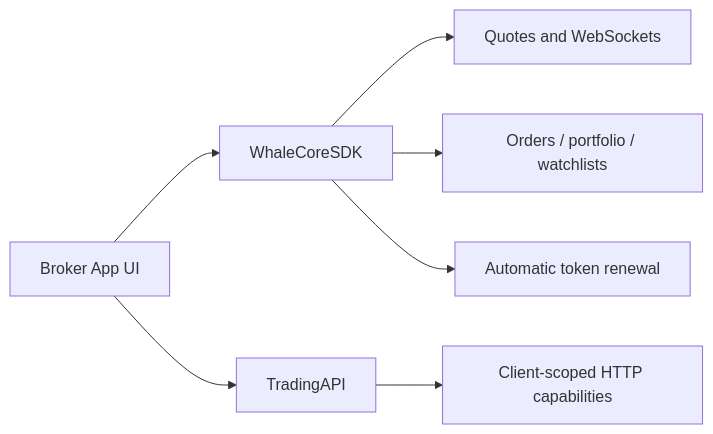
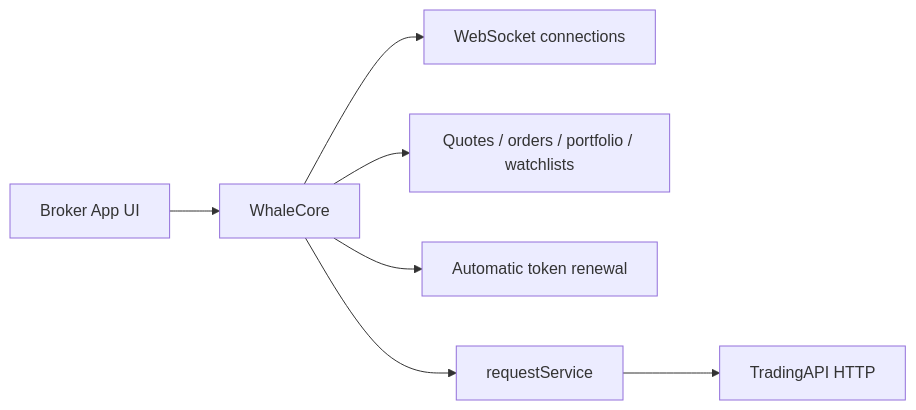
Before and after one commit to longbridge/whale-docs: the diagram in docs/en/whalesdk/whalecore/overview.mdx, drawn with Mermaid. The commit also changed other lines of this file and 58 other files, not shown here.

First line of the commit message:
docs: clarify TradingAPI runs through WhaleCore, rename WhaleCoreSDK to WhaleCore, and sync SDK/TradingAPI updates (#70)

````diff
--- a/docs/en/whalesdk/whalecore/overview.mdx
+++ b/docs/en/whalesdk/whalecore/overview.mdx
@@ -36,9 +37,9 @@
 ```mermaid
 flowchart LR
-    A[Broker App UI] --> B[WhaleCoreSDK]
-    B --> C[Quotes and WebSockets]
-    B --> D[Orders / portfolio / watchlists]
+    A[Broker App UI] --> B[WhaleCore]
+    B --> C[WebSocket connections]
+    B --> D[Quotes / orders / portfolio / watchlists]
     B --> E[Automatic token renewal]
-    A --> F[TradingAPI]
-    F --> G[Client-scoped HTTP capabilities]
+    B --> F[requestService]
+    F --> G[TradingAPI HTTP]
 ```
````
